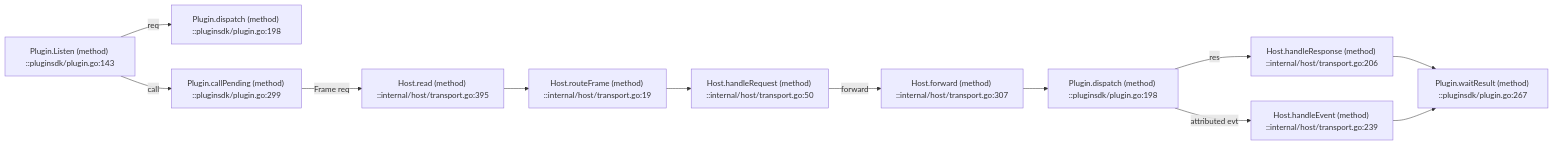
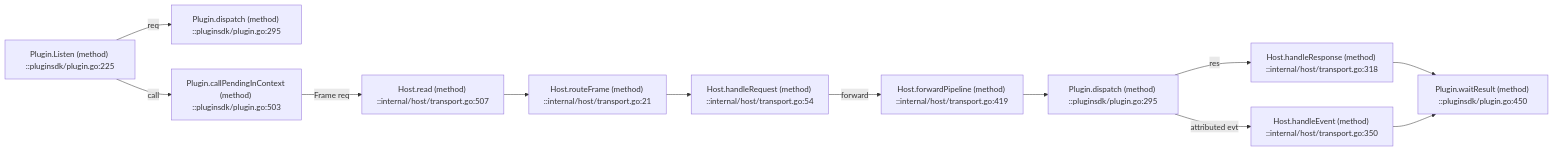
The third of 5 diagrams in docs/project-map/DEPENDENCY.md (Alphazer01214/my-go-lite-agent), drawn with Mermaid before and after one commit. The commit also changed other lines of this file and 148 other files, not shown here.

````diff
--- a/docs/project-map/DEPENDENCY.md
+++ b/docs/project-map/DEPENDENCY.md
@@ -60,14 +48,14 @@
 ```mermaid
 flowchart LR
-  SDK["Plugin.Listen (method) ::pluginsdk/plugin.go:143"] -->|req| Dispatch["Plugin.dispatch (method) ::pluginsdk/plugin.go:198"]
-  SDK -->|call| Pending["Plugin.callPending (method) ::pluginsdk/plugin.go:299"]
-  Pending -->|Frame req| HostRead["Host.read (method) ::internal/host/transport.go:395"]
-  HostRead --> Route["Host.routeFrame (method) ::internal/host/transport.go:19"]
-  Route --> Handle["Host.handleRequest (method) ::internal/host/transport.go:50"]
-  Handle -->|forward| Forward["Host.forward (method) ::internal/host/transport.go:307"]
-  Forward --> Target["Plugin.dispatch (method) ::pluginsdk/plugin.go:198"]
-  Target -->|res| Response["Host.handleResponse (method) ::internal/host/transport.go:206"]
-  Response --> Wait["Plugin.waitResult (method) ::pluginsdk/plugin.go:267"]
-  Target -->|attributed evt| Event["Host.handleEvent (method) ::internal/host/transport.go:239"]
+  SDK["Plugin.Listen (method) ::pluginsdk/plugin.go:225"] -->|req| Dispatch["Plugin.dispatch (method) ::pluginsdk/plugin.go:295"]
+  SDK -->|call| Pending["Plugin.callPendingInContext (method) ::pluginsdk/plugin.go:503"]
+  Pending -->|Frame req| HostRead["Host.read (method) ::internal/host/transport.go:507"]
+  HostRead --> Route["Host.routeFrame (method) ::internal/host/transport.go:21"]
+  Route --> Handle["Host.handleRequest (method) ::internal/host/transport.go:54"]
+  Handle -->|forward| Forward["Host.forwardPipeline (method) ::internal/host/transport.go:419"]
+  Forward --> Target["Plugin.dispatch (method) ::pluginsdk/plugin.go:295"]
+  Target -->|res| Response["Host.handleResponse (method) ::internal/host/transport.go:318"]
+  Response --> Wait["Plugin.waitResult (method) ::pluginsdk/plugin.go:450"]
+  Target -->|attributed evt| Event["Host.handleEvent (method) ::internal/host/transport.go:350"]
   Event --> Wait
 ```
````
